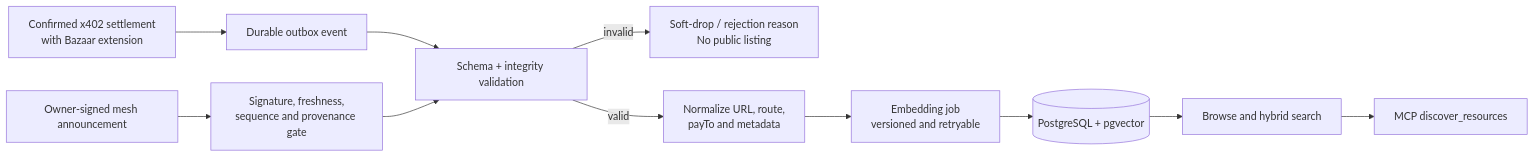
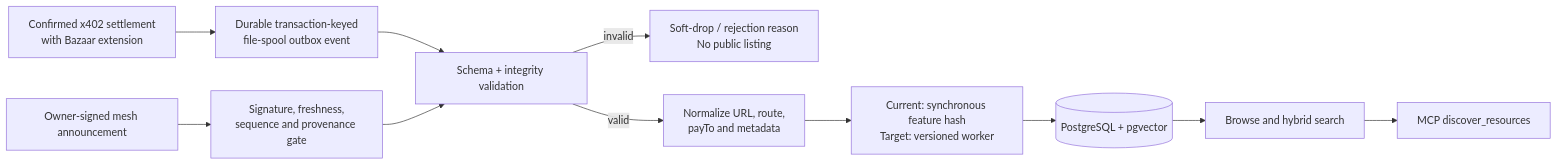
Before and after one commit to Veridex-Protocol/stellar-facilitator: the fourth of 6 diagrams in docs/architecture.md, drawn with Mermaid. The commit also changed other lines of this file and 13 other files, not shown here.

````diff
--- a/docs/architecture.md
+++ b/docs/architecture.md
@@ -218,13 +221,13 @@
 ```mermaid
 flowchart LR
-    P["Confirmed x402 settlement<br/>with Bazaar extension"] --> O["Durable outbox event"]
+    P["Confirmed x402 settlement<br/>with Bazaar extension"] --> O["Durable transaction-keyed<br/>file-spool outbox event"]
     A["Owner-signed mesh announcement"] --> G["Signature, freshness,<br/>sequence and provenance gate"]
     O --> V["Schema + integrity validation"]
     G --> V
     V -->|"invalid"| X["Soft-drop / rejection reason<br/>No public listing"]
     V -->|"valid"| N["Normalize URL, route,<br/>payTo and metadata"]
-    N --> E["Embedding job<br/>versioned and retryable"]
+    N --> E["Current: synchronous feature hash<br/>Target: versioned worker"]
     E --> PG[("PostgreSQL + pgvector")]
     PG --> S["Browse and hybrid search"]
     S --> M["MCP discover_resources"]
 ```
````
